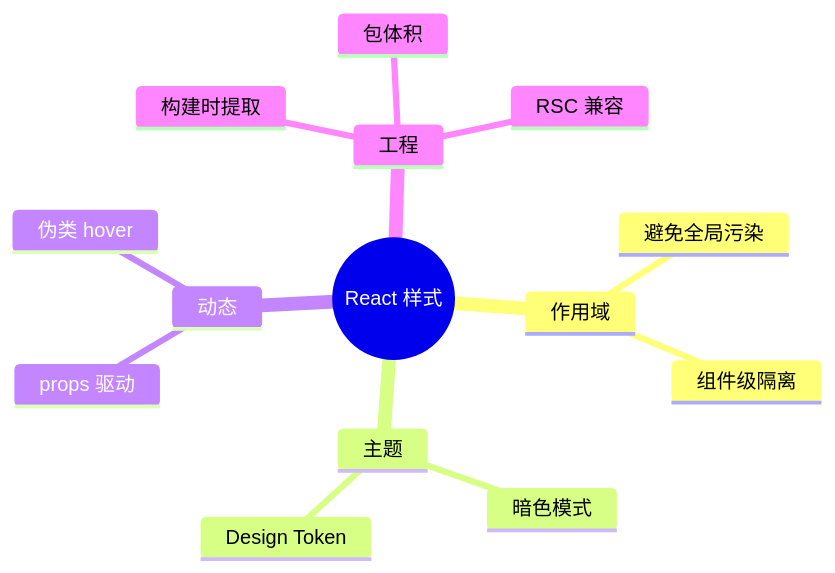
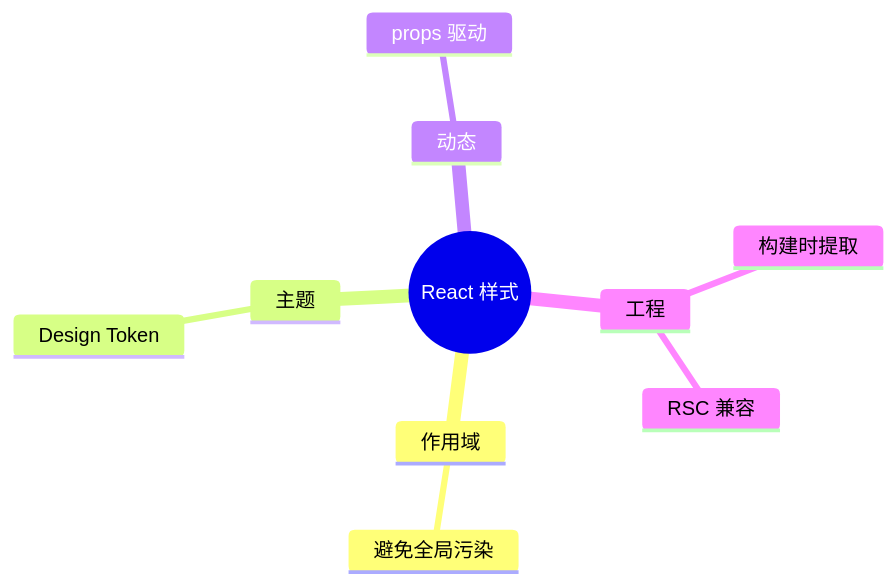
The first of 2 diagrams in 前端框架篇/React/02-JSX与渲染表达/03-样式方案与CSS-in-JS.md (YancyZ/Knowledge-base), drawn with Mermaid before and after one commit. The commit also changed other lines of this file and 224 other files, not shown here.

````diff
--- a/前端框架篇/React/02-JSX与渲染表达/03-样式方案与CSS-in-JS.md
+++ b/前端框架篇/React/02-JSX与渲染表达/03-样式方案与CSS-in-JS.md
@@ -9,17 +17,13 @@
 ```mermaid
 mindmap
   root((React 样式))
     作用域
       避免全局污染
-      组件级隔离
     主题
-      暗色模式
       Design Token
     动态
       props 驱动
-      伪类 hover
     工程
       构建时提取
-      包体积
       RSC 兼容
 ```
````
